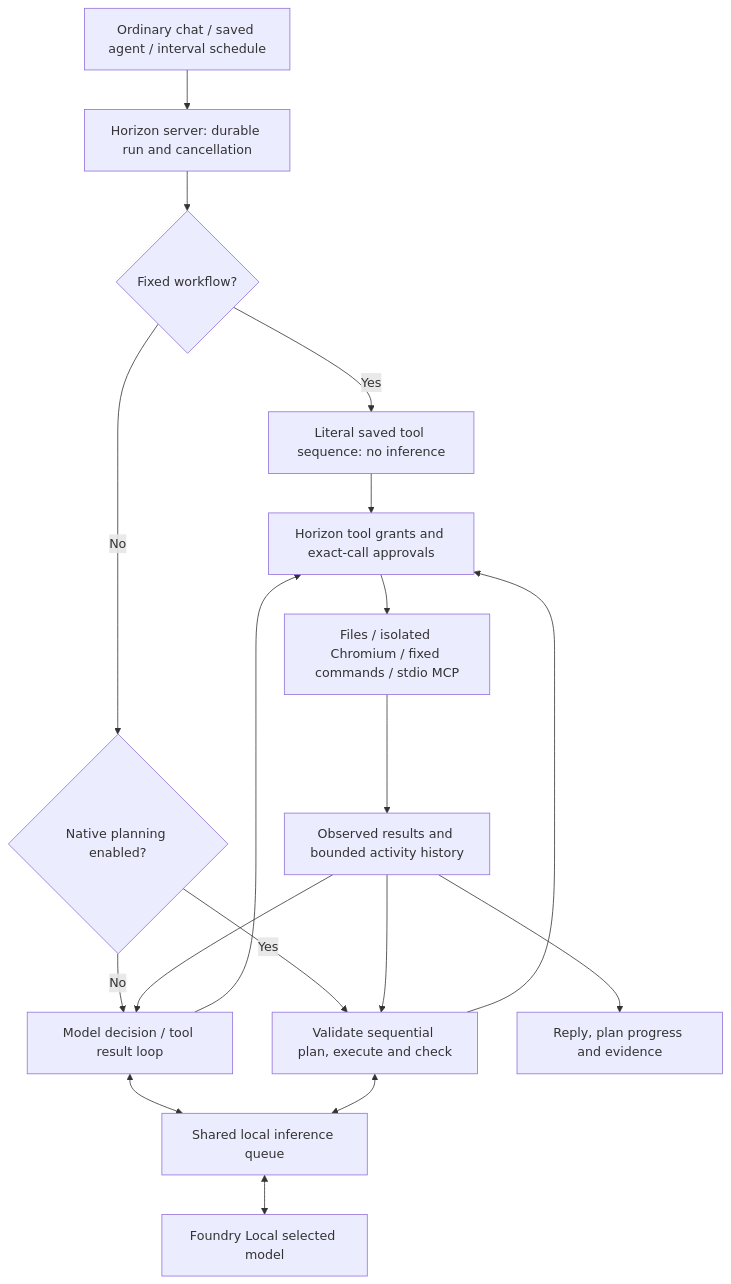
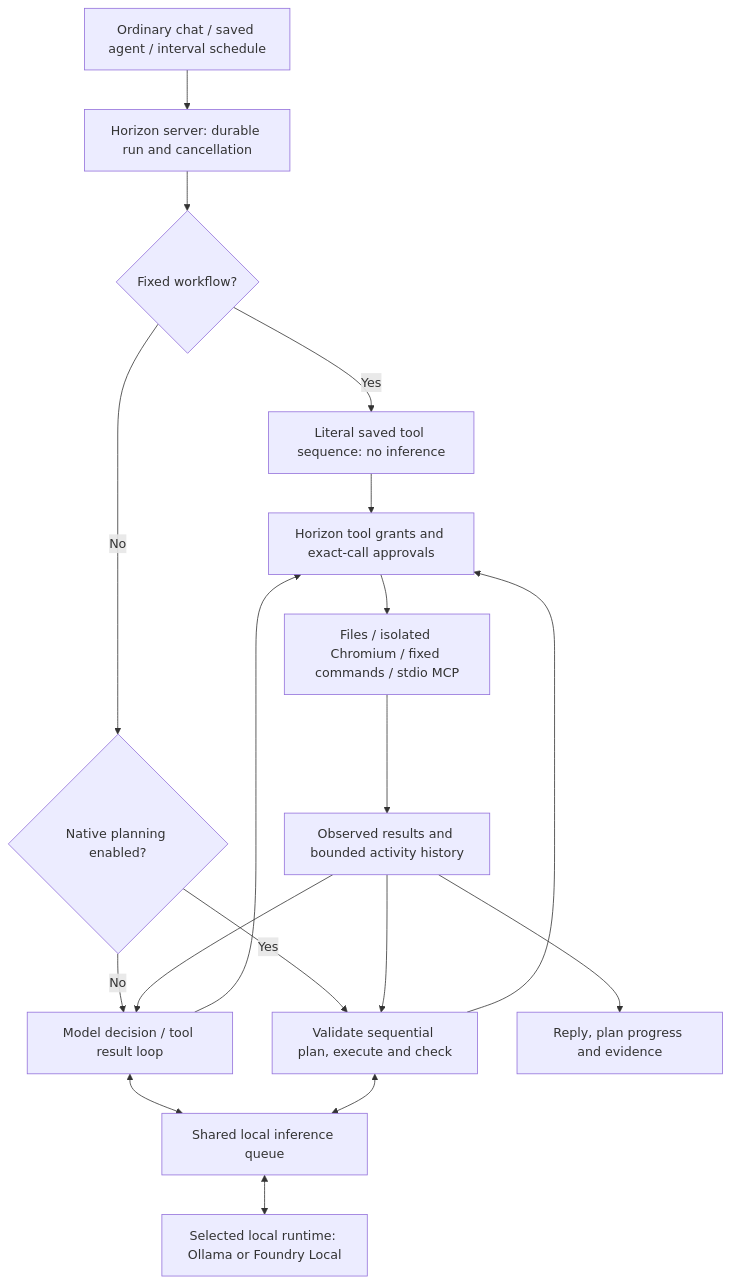
One commit to itstejaswi/horizon changed the first of 2 diagrams in Vision/ARCHITECTURE.md. Above: the diagram before and after it, drawn with Mermaid. The commit also changed other lines of this file and 11 other files, not shown here.

````diff
--- a/Vision/ARCHITECTURE.md
+++ b/Vision/ARCHITECTURE.md
@@ -5,20 +5,20 @@
 ```mermaid
 flowchart TD
     Entry["Ordinary chat / saved agent / interval schedule"] --> Horizon["Horizon server: durable run and cancellation"]
     Horizon --> Route{"Fixed workflow?"}
     Route -->|Yes| Fixed["Literal saved tool sequence: no inference"]
     Route -->|No| Native{"Native planning enabled?"}
     Native -->|No| Loop["Model decision / tool result loop"]
     Native -->|Yes| Plan["Validate sequential plan, execute and check"]
     Loop <--> Queue["Shared local inference queue"]
     Plan <--> Queue
-    Queue <--> Foundry["Foundry Local selected model"]
+    Queue <--> Provider["Selected local runtime: Ollama or Foundry Local"]
     Fixed --> Gate["Horizon tool grants and exact-call approvals"]
     Loop --> Gate
     Plan --> Gate
     Gate --> Tools["Files / isolated Chromium / fixed commands / stdio MCP"]
     Tools --> Results["Observed results and bounded activity history"]
     Results --> Loop
     Results --> Plan
     Results --> UI["Reply, plan progress and evidence"]
 ```
````
